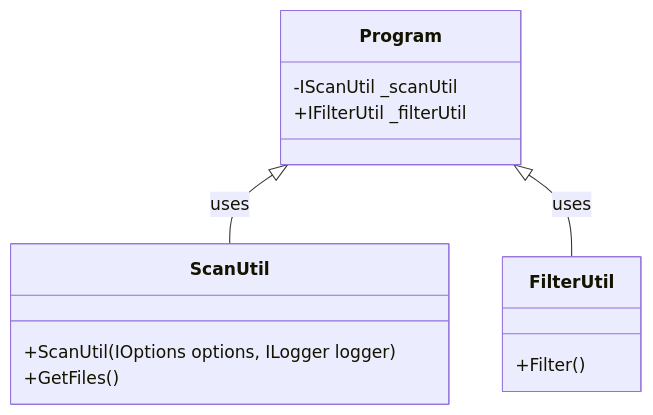
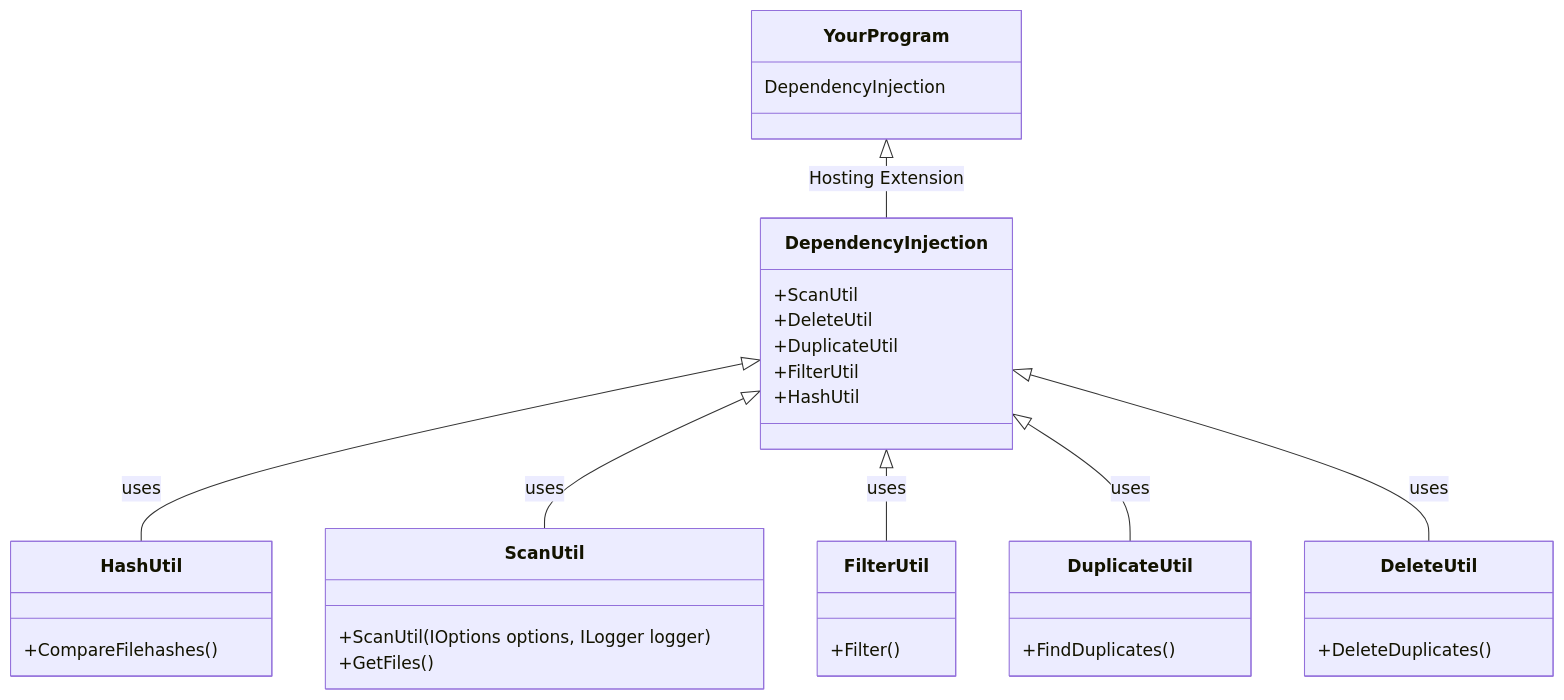
One commit to NicoFilips/ByteBrusher changed the diagram in readme.md. Above: the diagram before and after it, drawn with Mermaid. The commit also changed other lines of this file, not shown here.

````diff
--- a/readme.md
+++ b/readme.md
@@ -87,19 +91,43 @@
 ```mermaid
 classDiagram
-    class Program {
-        -IScanUtil _scanUtil
-        +IFilterUtil _filterUtil
+    class YourProgram {
+        DependencyInjection
+    }
+
+    class DependencyInjection{
+        +ScanUtil
+        +DeleteUtil
+        +DuplicateUtil
+        +FilterUtil
+        +HashUtil
     }
 
     class ScanUtil {
         +ScanUtil(IOptions options, ILogger logger)
         +GetFiles()
     }
 
     class FilterUtil {
         +Filter()
     }
 
-    Program <|-- ScanUtil : uses
-    Program <|-- FilterUtil : uses
+    class DuplicateUtil {
+        +FindDuplicates()
+    }
+
+    class DeleteUtil {
+        +DeleteDuplicates()
+    }
+
+    class HashUtil {
+        +CompareFilehashes()
+    }
+
+    DependencyInjection <|-- HashUtil : uses
+    DependencyInjection <|-- ScanUtil : uses
+    DependencyInjection <|-- FilterUtil : uses
+    DependencyInjection <|-- DuplicateUtil : uses
+    DependencyInjection <|-- DeleteUtil : uses
+
+    YourProgram <|-- DependencyInjection : Hosting Extension
 ```
````
